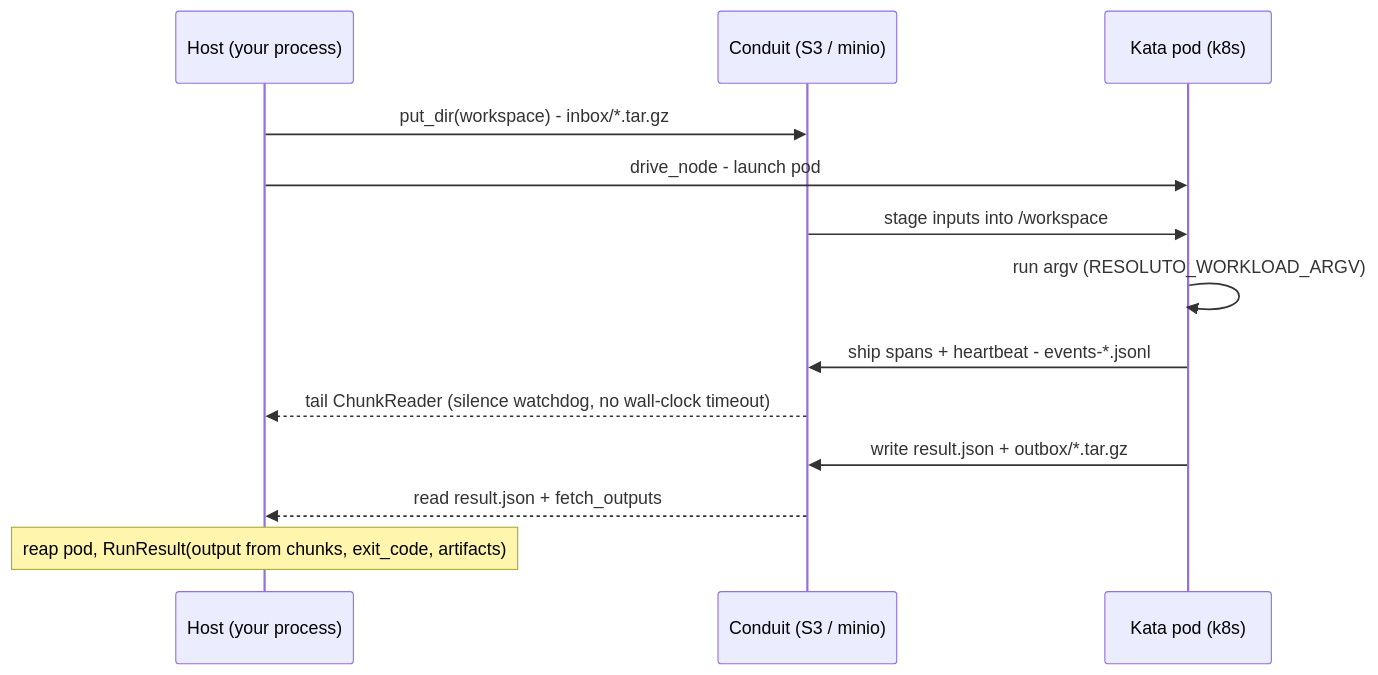
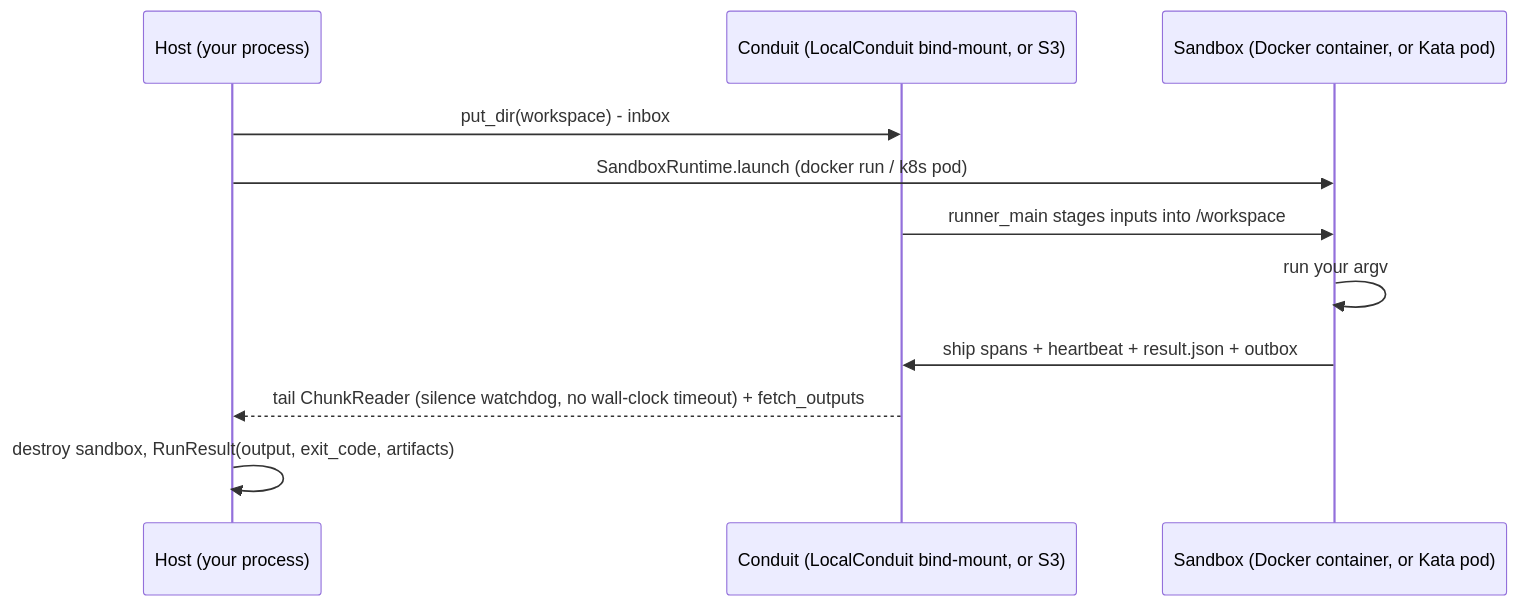
The second of 2 diagrams in README.md (DeepBlueCoding/resoluto-sandbox), drawn with Mermaid before and after one commit. The commit also changed other lines of this file and 21 other files, not shown here.

Commit message:
docs: local = Docker across docs/skills/diagrams; fix renamed store_env_for_pod import; finish dev-skill rewrites

````diff
--- a/README.md
+++ b/README.md
@@ -103,15 +91,13 @@
 ```mermaid
 sequenceDiagram
     participant H as Host (your process)
-    participant C as Conduit (S3 / minio)
-    participant P as Kata pod (k8s)
-    H->>C: put_dir(workspace) - inbox/*.tar.gz
-    H->>P: drive_node - launch pod
-    C->>P: stage inputs into /workspace
-    P->>P: run argv (RESOLUTO_WORKLOAD_ARGV)
-    P->>C: ship spans + heartbeat - events-*.jsonl
-    C-->>H: tail ChunkReader (silence watchdog, no wall-clock timeout)
-    P->>C: write result.json + outbox/*.tar.gz
-    C-->>H: read result.json + fetch_outputs
-    Note over H: reap pod, RunResult(output from chunks, exit_code, artifacts)
+    participant C as Conduit (LocalConduit bind-mount, or S3)
+    participant W as Sandbox (Docker container, or Kata pod)
+    H->>C: put_dir(workspace) - inbox
+    H->>W: SandboxRuntime.launch (docker run / k8s pod)
+    C->>W: runner_main stages inputs into /workspace
+    W->>W: run your argv
+    W->>C: ship spans + heartbeat + result.json + outbox
+    C-->>H: tail ChunkReader (silence watchdog, no wall-clock timeout) + fetch_outputs
+    H->>H: destroy sandbox, RunResult(output, exit_code, artifacts)
 ```
````
